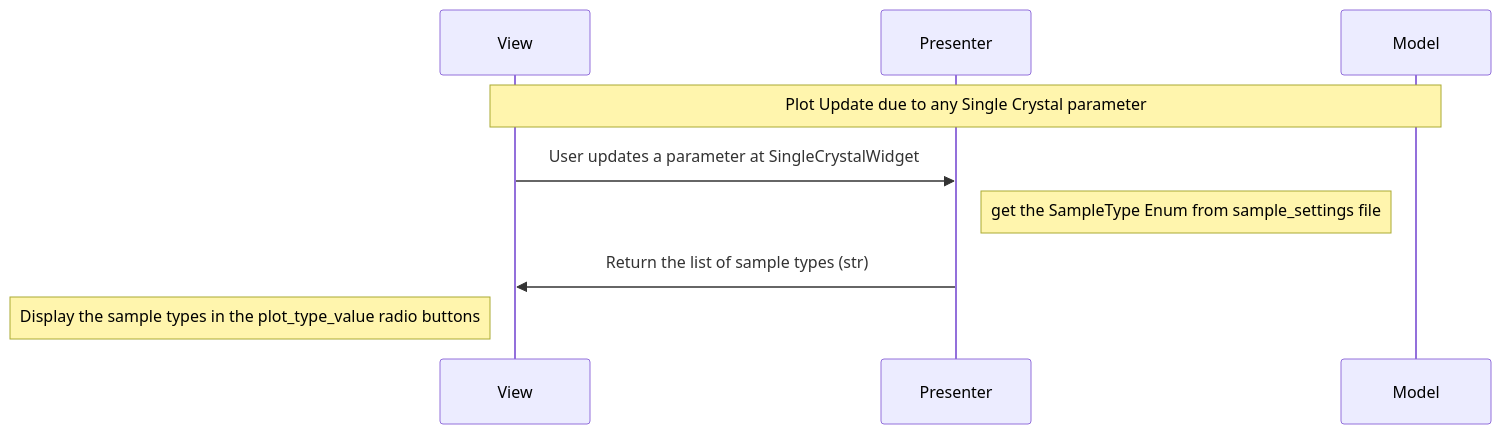
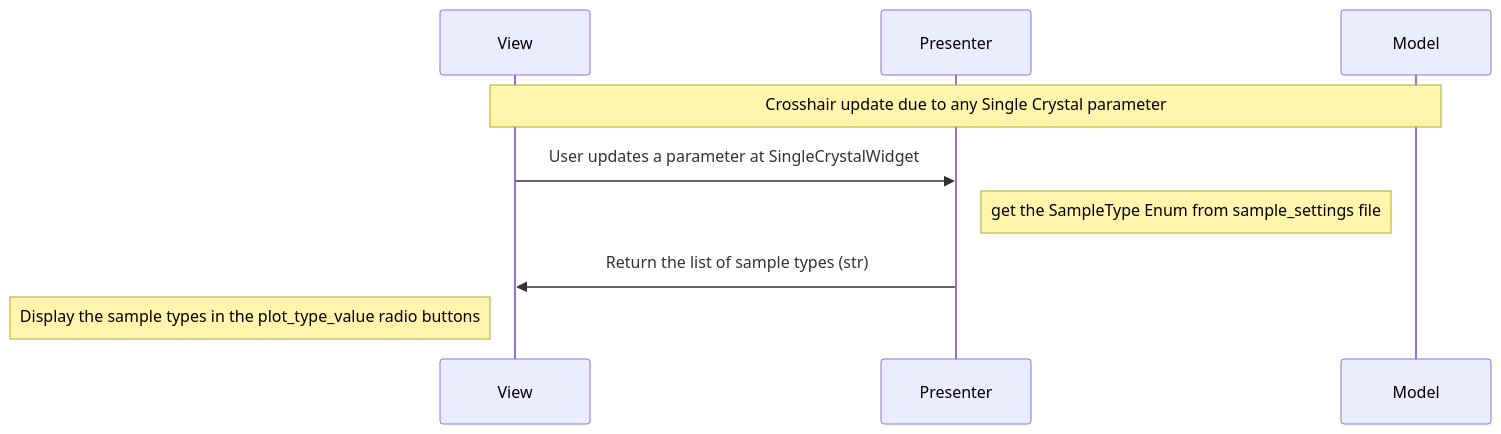
Before and after one commit to neutrons/hyspecppt: the eighth of 9 diagrams in docs/source/design/hyspecpptclasses.rst, drawn with Mermaid. The commit also changed other lines of this file, not shown here.

```diff
--- a/docs/source/design/hyspecpptclasses.rst
+++ b/docs/source/design/hyspecpptclasses.rst
@@ -532,12 +518,12 @@
     .. mermaid::
 
         sequenceDiagram
             participant View
             participant Presenter
             participant Model
 
-            Note over View,Model: Plot Update due to any Single Crystal parameter
+            Note over View,Model: Crosshair update due to any Single Crystal parameter
             View->>Presenter: User updates a parameter at SingleCrystalWidget
             Note right of Presenter: get the SampleType Enum from sample_settings file
             Presenter->>View: Return the list of sample types (str)
             Note left of View: Display the sample types in the plot_type_value radio buttons
```
